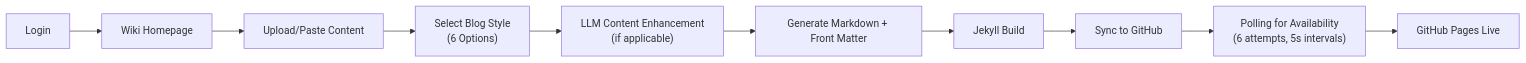
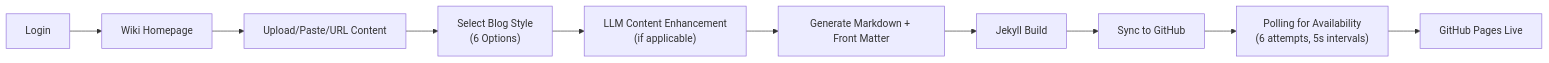
One commit to PolarisW007/PolaZhenJing changed diagram 17 of 17 in .qoder/repowiki/en/content/Frontend Application/Article Presentation System/Article Presentation System.md. Above: the diagram before and after it, drawn with Mermaid. The commit also changed other lines of this file and 333 other files, not shown here.

````diff
--- a/.qoder/repowiki/en/content/Frontend Application/Article Presentation System/Article Presentation System.md
+++ b/.qoder/repowiki/en/content/Frontend Application/Article Presentation System/Article Presentation System.md
@@ -889,12 +983,12 @@
 ```mermaid
 flowchart LR
 Login["Login"] --> Wiki["Wiki Homepage"]
-Wiki --> Upload["Upload/Paste Content"]
+Wiki --> Upload["Upload/Paste/URL Content"]
 Upload --> Style["Select Blog Style<br/>(6 Options)"]
 Style --> LLM["LLM Content Enhancement<br/>(if applicable)"]
 LLM --> Generate["Generate Markdown + Front Matter"]
 Generate --> Jekyll["Jekyll Build"]
 Jekyll --> GitHub["Sync to GitHub"]
 GitHub --> Polling["Polling for Availability<br/>(6 attempts, 5s intervals)"]
 Polling --> Publish["GitHub Pages Live"]
 ```
````
